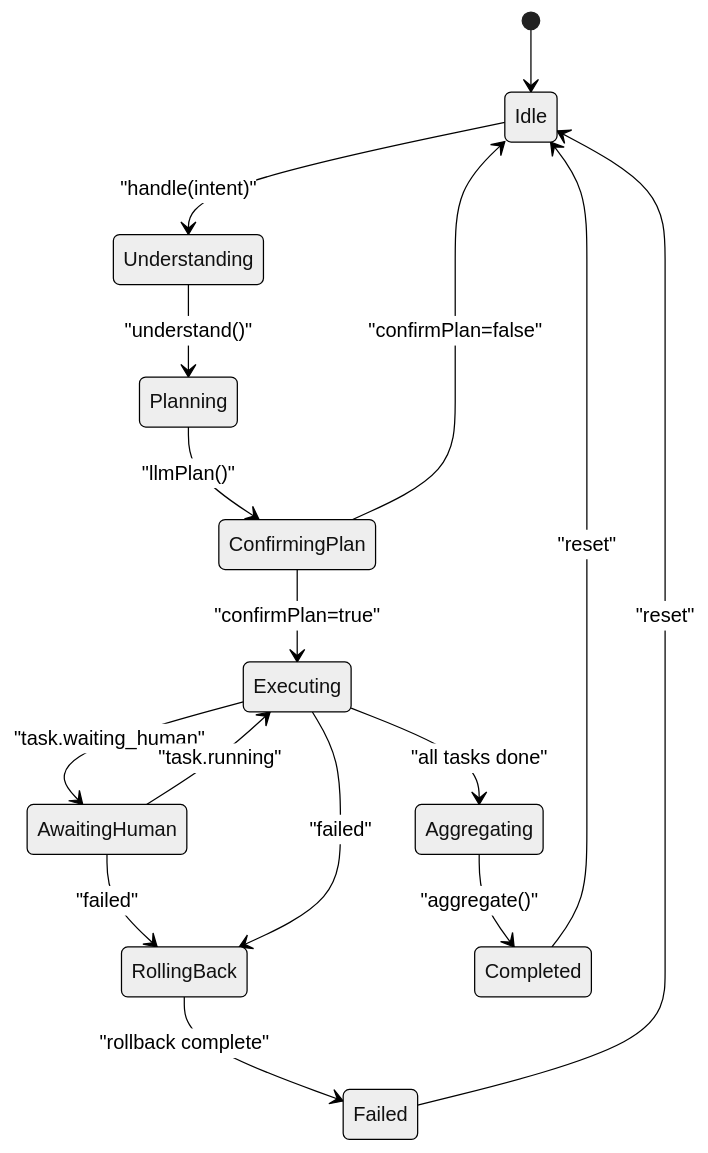
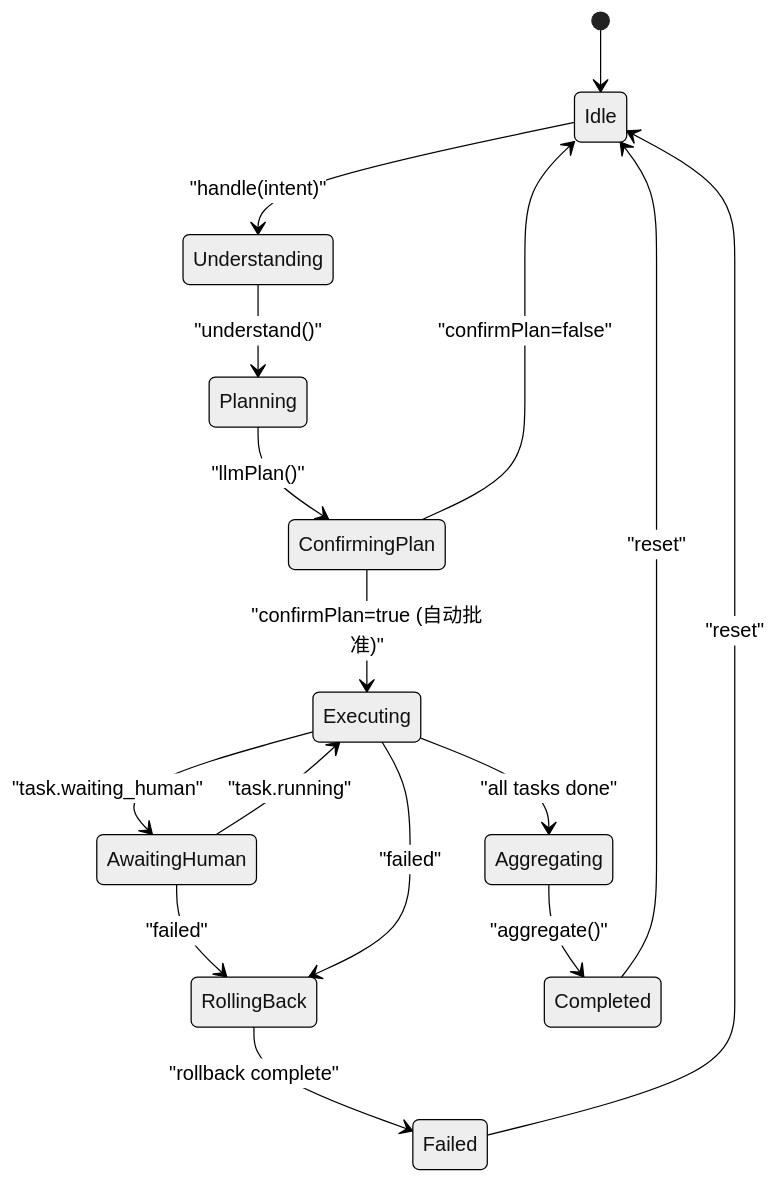
The fourth of 6 diagrams in .qoder/repowiki/zh/content/用户界面/交互层设计/检查点确认机制.md (Ichi-Hackton/WAIC-WeChat-MiniProgram), drawn with Mermaid (neutral theme) before and after one commit. The commit also changed other lines of this file and 33 other files, not shown here.

````diff
--- a/.qoder/repowiki/zh/content/用户界面/交互层设计/检查点确认机制.md
+++ b/.qoder/repowiki/zh/content/用户界面/交互层设计/检查点确认机制.md
@@ -223,18 +259,18 @@
 ```mermaid
 stateDiagram-v2
 [*] --> Idle
 Idle --> Understanding : "handle(intent)"
 Understanding --> Planning : "understand()"
 Planning --> ConfirmingPlan : "llmPlan()"
-ConfirmingPlan --> Executing : "confirmPlan=true"
+ConfirmingPlan --> Executing : "confirmPlan=true (自动批准)"
 ConfirmingPlan --> Idle : "confirmPlan=false"
 Executing --> AwaitingHuman : "task.waiting_human"
 AwaitingHuman --> Executing : "task.running"
 Executing --> Aggregating : "all tasks done"
 AwaitingHuman --> RollingBack : "failed"
 Executing --> RollingBack : "failed"
 RollingBack --> Failed : "rollback complete"
 Aggregating --> Completed : "aggregate()"
 Failed --> Idle : "reset"
 Completed --> Idle : "reset"
 ```
````
